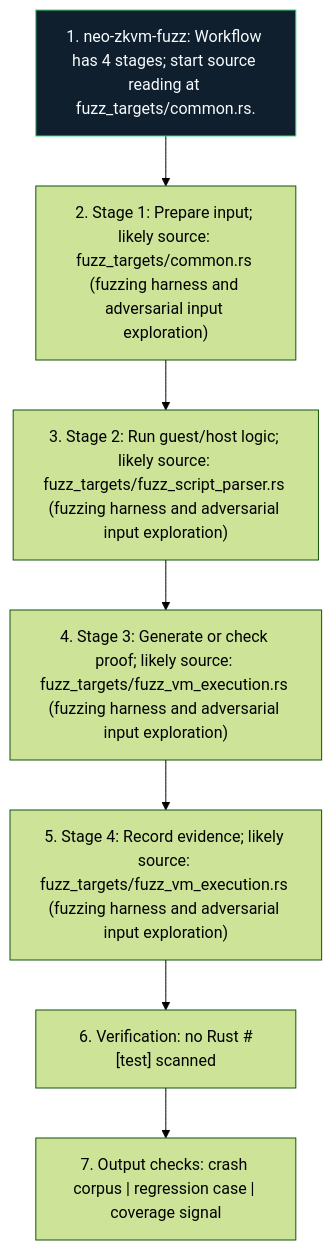
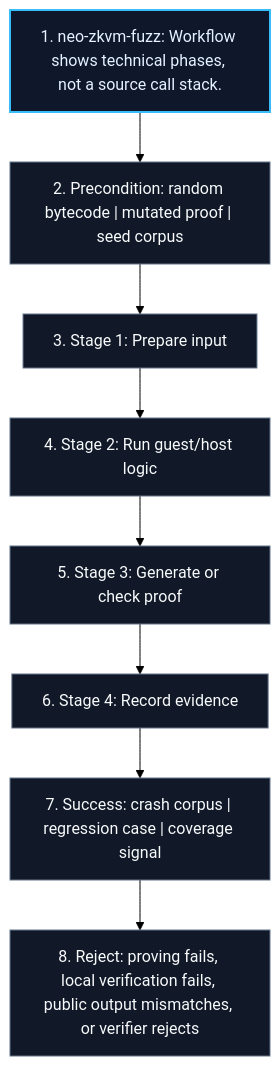
One commit to r3e-network/neo-zkvm changed the diagram in fuzz/docs/figures/workflow.mmd. Above: the diagram before and after it, drawn with Mermaid (forest theme). The commit also changed 447 other files, not shown here.

Commit message:
Replace crate diagrams with technical views

```diff
--- a/fuzz/docs/figures/workflow.mmd
+++ b/fuzz/docs/figures/workflow.mmd
@@ -1,16 +1,20 @@
 flowchart TB
-    N1["1. neo-zkvm-fuzz: Workflow has 4 stages; start source reading at fuzz_targets/common.rs."]
-    N2["2. Stage 1: Prepare input; likely source: fuzz_targets/common.rs (fuzzing harness and adversarial input exploration)"]
-    N3["3. Stage 2: Run guest/host logic; likely source: fuzz_targets/fuzz_script_parser.rs (fuzzing harness and adversarial input exploration)"]
-    N4["4. Stage 3: Generate or check proof; likely source: fuzz_targets/fuzz_vm_execution.rs (fuzzing harness and adversarial input exploration)"]
-    N5["5. Stage 4: Record evidence; likely source: fuzz_targets/fuzz_vm_execution.rs (fuzzing harness and adversarial input exploration)"]
-    N6["6. Verification: no Rust #[test] scanned"]
-    N7["7. Output checks: crash corpus | regression case | coverage signal"]
+    N1["1. neo-zkvm-fuzz: Workflow shows technical phases, not a source call stack."]
+    N2["2. Precondition: random bytecode | mutated proof | seed corpus"]
+    N3["3. Stage 1: Prepare input"]
+    N4["4. Stage 2: Run guest/host logic"]
+    N5["5. Stage 3: Generate or check proof"]
+    N6["6. Stage 4: Record evidence"]
+    N7["7. Success: crash corpus | regression case | coverage signal"]
+    N8["8. Reject: proving fails, local verification fails, public output mismatches, or verifier rejects"]
     N1 --> N2
     N2 --> N3
     N3 --> N4
     N4 --> N5
     N5 --> N6
     N6 --> N7
-    classDef crate fill:#101f2d,stroke:#38d978,color:#f6fbff
-    class N1 crate
+    N7 --> N8
+    classDef core fill:#0f172a,stroke:#38bdf8,color:#e5f2ff,stroke-width:2px;
+    classDef support fill:#111827,stroke:#64748b,color:#f8fafc;
+    class N1 core;
+    class N2,N3,N4,N5,N6,N7,N8 support;
```
